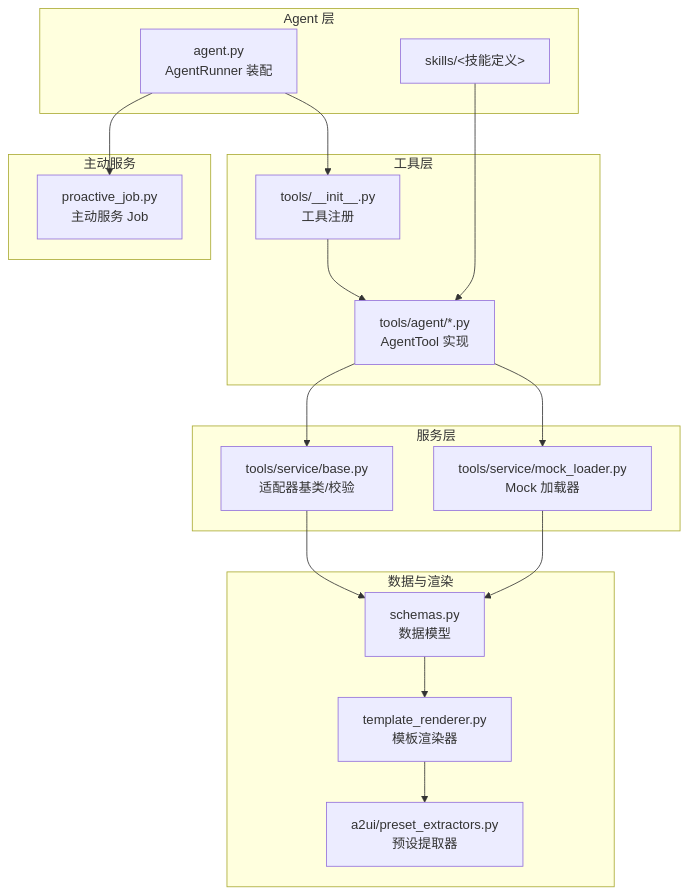
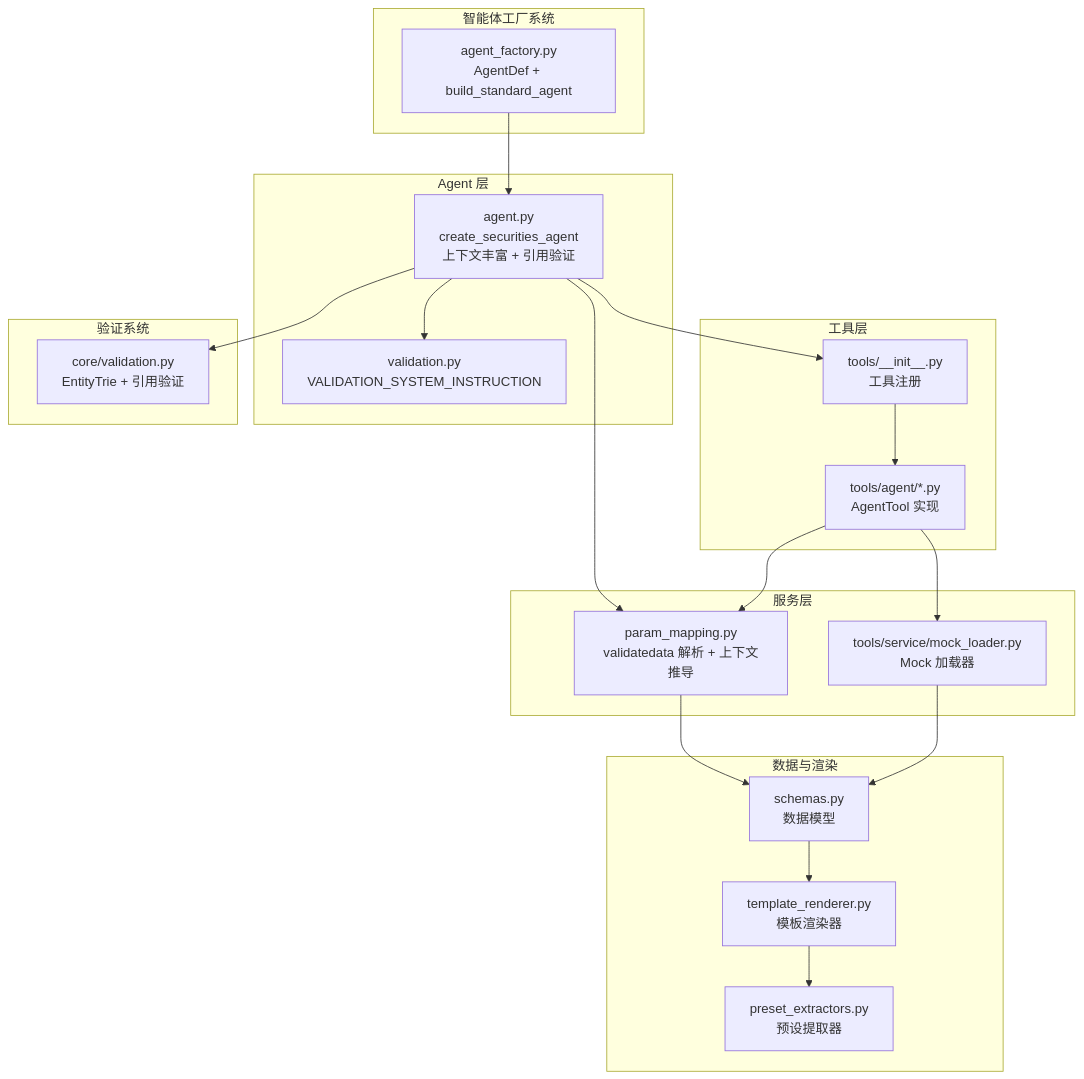
Before and after one commit to YU-JI-KUI/ark-agentic: the first of 8 diagrams in repowiki/zh/content/智能体实现/证券智能体/证券智能体.md, drawn with Mermaid. The commit also changed other lines of this file and 12 other files, not shown here.

````diff
--- a/repowiki/zh/content/智能体实现/证券智能体/证券智能体.md
+++ b/repowiki/zh/content/智能体实现/证券智能体/证券智能体.md
@@ -49,33 +51,38 @@
 ```mermaid
 graph TB
+subgraph "智能体工厂系统"
+AF["agent_factory.py<br/>AgentDef + build_standard_agent"]
+end
 subgraph "Agent 层"
-A["agent.py<br/>AgentRunner 装配"]
-S["skills/<技能定义>"]
+A["agent.py<br/>create_securities_agent<br/>上下文丰富 + 引用验证"]
+V["validation.py<br/>VALIDATION_SYSTEM_INSTRUCTION"]
 end
 subgraph "工具层"
 T["tools/__init__.py<br/>工具注册"]
 TA["tools/agent/*.py<br/>AgentTool 实现"]
 end
 subgraph "服务层"
-SB["tools/service/base.py<br/>适配器基类/校验"]
+PM["param_mapping.py<br/>validatedata 解析 + 上下文推导"]
 SM["tools/service/mock_loader.py<br/>Mock 加载器"]
 end
 subgraph "数据与渲染"
 SC["schemas.py<br/>数据模型"]
 TR["template_renderer.py<br/>模板渲染器"]
-AE["a2ui/preset_extractors.py<br/>预设提取器"]
+AE["preset_extractors.py<br/>预设提取器"]
 end
-subgraph "主动服务"
-PJ["proactive_job.py<br/>主动服务 Job"]
+subgraph "验证系统"
+EV["core/validation.py<br/>EntityTrie + 引用验证"]
 end
+AF --> A
+A --> V
+A --> PM
+A --> EV
 A --> T
 T --> TA
-TA --> SB
+TA --> PM
 TA --> SM
-SB --> SC
+PM --> SC
 SM --> SC
 SC --> TR
 TR --> AE
-A --> PJ
-S --> TA
 ```
````
